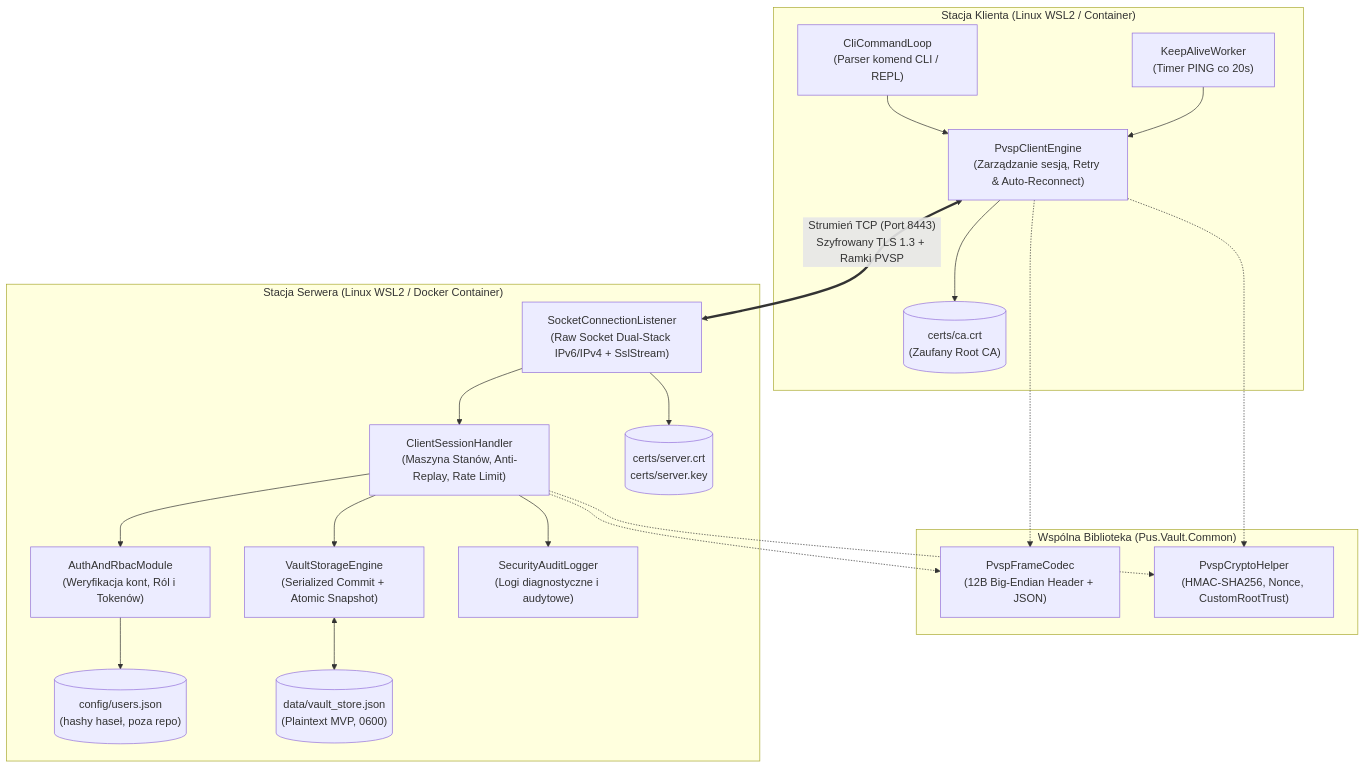
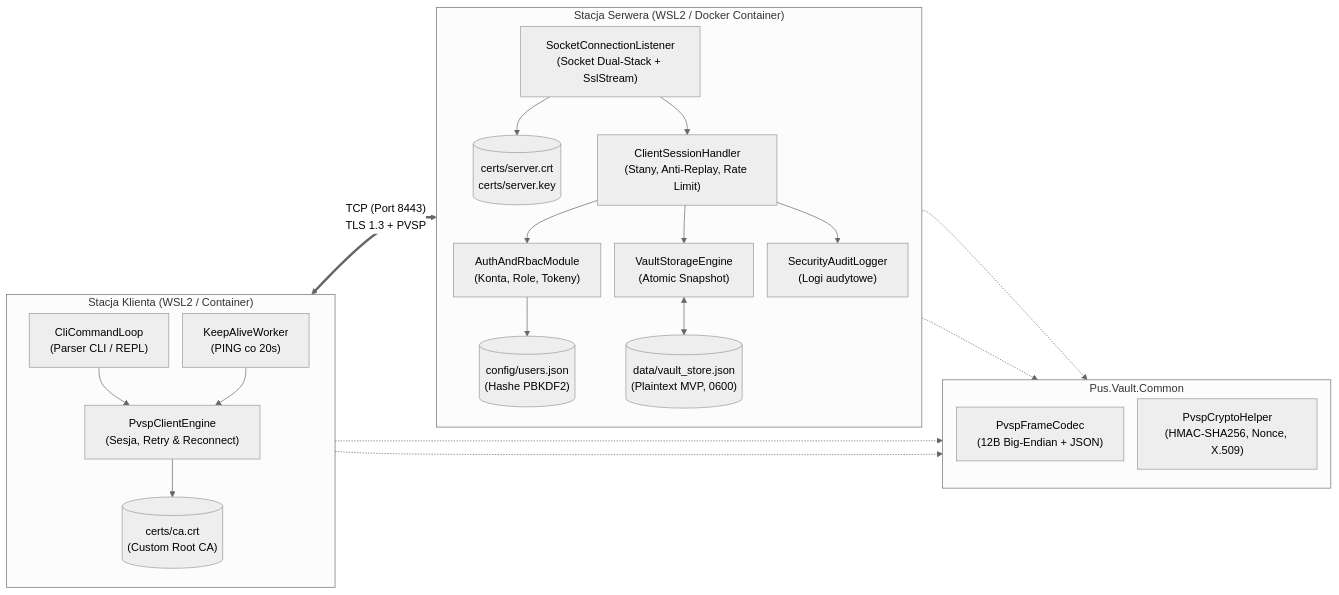
Before and after one commit to zephir-x/pk-pus: the diagram in Assets/projekt-aplikacji.md, drawn with Mermaid. The commit also changed other lines of this file and 3 other files, not shown here.

````diff
--- a/Assets/projekt-aplikacji.md
+++ b/Assets/projekt-aplikacji.md
@@ -76,44 +89,33 @@
 ```mermaid
-flowchart TB
-    subgraph ClientHost ["Stacja Klienta (Linux WSL2 / Container)"]
-        CLI["CliCommandLoop<br/>(Parser komend CLI / REPL)"]
-        CEngine["PvspClientEngine<br/>(Zarządzanie sesją, Retry & Auto-Reconnect)"]
-        KA["KeepAliveWorker<br/>(Timer PING co 20s)"]
-        CA_Cert[("certs/ca.crt<br/>(Zaufany Root CA)")]
+%%{init: {'theme': 'neutral', 'flowchart': {'nodeSpacing': 20, 'rankSpacing': 30}}}%%
+flowchart LR
+    subgraph ClientHost ["Stacja Klienta (WSL2 / Container)"]
+        direction TB
+        CLI["CliCommandLoop<br/>(Parser CLI / REPL)"] --> CEngine["PvspClientEngine<br/>(Sesja, Retry & Reconnect)"]
+        KA["KeepAliveWorker<br/>(PING co 20s)"] --> CEngine
+        CEngine --> CA_Cert[("certs/ca.crt<br/>(Custom Root CA)")]
     end
 
-    subgraph CommonLib ["Wspólna Biblioteka (Pus.Vault.Common)"]
-        Codec["PvspFrameCodec<br/>(12B Big-Endian Header + JSON)"]
-        Crypto["PvspCryptoHelper<br/>(HMAC-SHA256, Nonce, CustomRootTrust)"]
+    subgraph CommonLib ["Pus.Vault.Common"]
+        direction TB
+        Codec["PvspFrameCodec<br/>(12B Big-Endian + JSON)"]
+        Crypto["PvspCryptoHelper<br/>(HMAC-SHA256, Nonce, X.509)"]
     end
 
-    subgraph ServerHost ["Stacja Serwera (Linux WSL2 / Docker Container)"]
-        Listener["SocketConnectionListener<br/>(Raw Socket Dual-Stack IPv6/IPv4 + SslStream)"]
-        Session["ClientSessionHandler<br/>(Maszyna Stanów, Anti-Replay, Rate Limit)"]
-        Auth["AuthAndRbacModule<br/>(Weryfikacja kont, Ról i Tokenów)"]
-        Storage["VaultStorageEngine<br/>(Serialized Commit + Atomic Snapshot)"]
-        Logger["SecurityAuditLogger<br/>(Logi diagnostyczne i audytowe)"]
-        
-        Srv_Cert[("certs/server.crt<br/>certs/server.key")]
-        Users_File[("config/users.json<br/>(hashy haseł, poza repo)")]
-        DB_File[("data/vault_store.json<br/>(Plaintext MVP, 0600)")]
+    subgraph ServerHost ["Stacja Serwera (WSL2 / Docker Container)"]
+        direction TB
+        Listener["SocketConnectionListener<br/>(Socket Dual-Stack + SslStream)"] --> Srv_Cert[("certs/server.crt<br/>certs/server.key")]
+        Listener --> Session["ClientSessionHandler<br/>(Stany, Anti-Replay, Rate Limit)"]
+        Session --> Auth["AuthAndRbacModule<br/>(Konta, Role, Tokeny)"]
+        Auth --> Users_File[("config/users.json<br/>(Hashe PBKDF2)")]
+        Session --> Storage["VaultStorageEngine<br/>(Atomic Snapshot)"]
+        Storage <--> DB_File[("data/vault_store.json<br/>(Plaintext MVP, 0600)")]
+        Session --> Logger["SecurityAuditLogger<br/>(Logi audytowe)"]
     end
 
-    CLI --> CEngine
-    KA --> CEngine
+    CEngine <==>|"TCP (Port 8443)<br/>TLS 1.3 + PVSP"| Listener
     CEngine -.-> Codec
     CEngine -.-> Crypto
-    CEngine --> CA_Cert
-
-    CEngine <==>|"Strumień TCP (Port 8443)<br/>Szyfrowany TLS 1.3 + Ramki PVSP"| Listener
-
-    Listener --> Srv_Cert
-    Listener --> Session
     Session -.-> Codec
     Session -.-> Crypto
-    Session --> Auth
-    Auth --> Users_File
-    Session --> Storage
-    Session --> Logger
-    Storage <--> DB_File
 ```
````
